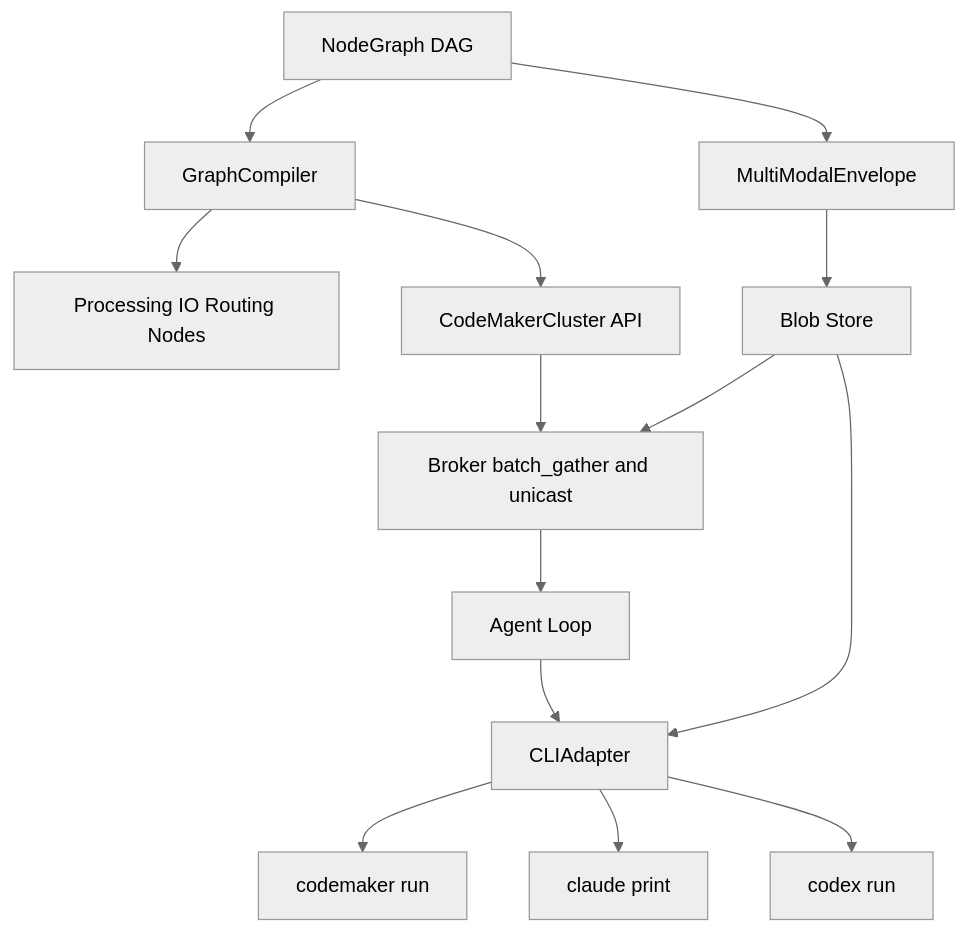
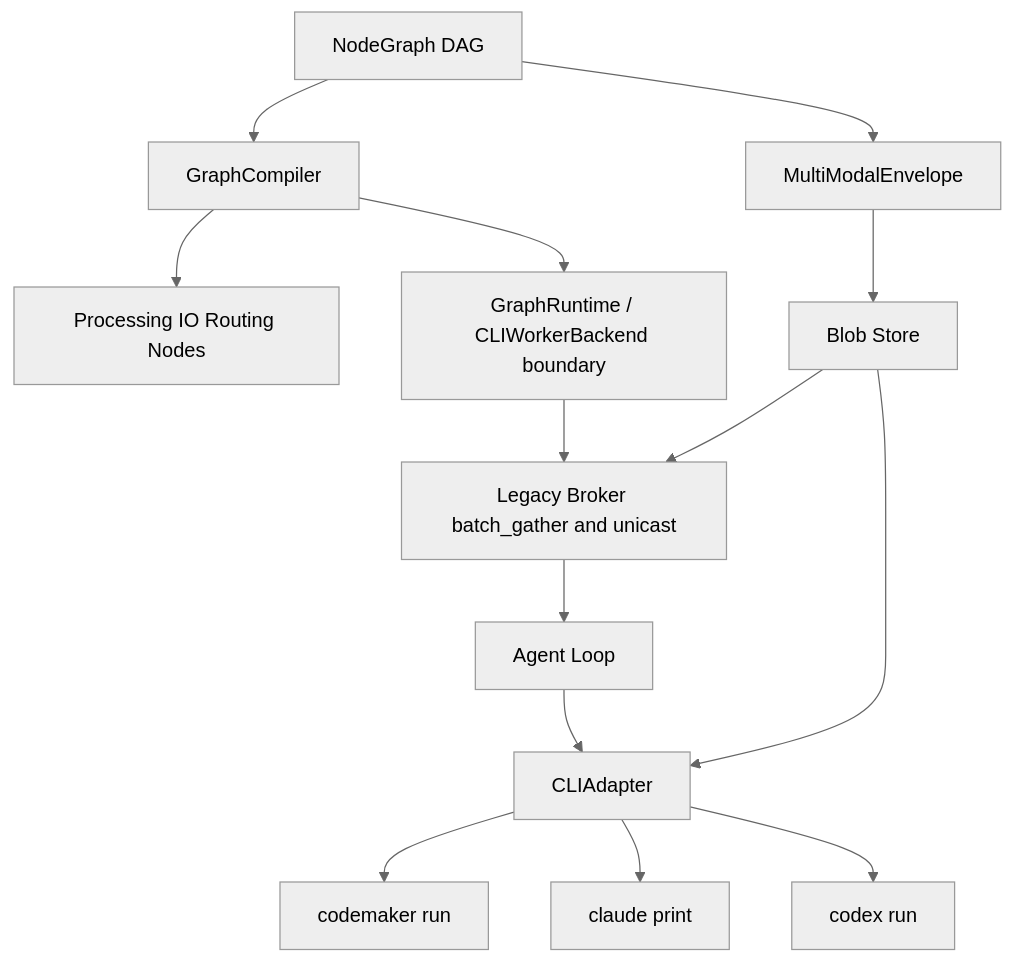
One commit to QHXRPG-A/multi_agent_tcp changed the first of 2 diagrams in KM_docs/multi-cli-node-workflow-brainstorm.md. Above: the diagram before and after it, drawn with Mermaid (neutral theme). The commit also changed other lines of this file and 19 other files, not shown here.

Commit message:
Document GuLiCode runtime direction and startup fix

````diff
--- a/KM_docs/multi-cli-node-workflow-brainstorm.md
+++ b/KM_docs/multi-cli-node-workflow-brainstorm.md
@@ -370,16 +377,16 @@
 ```mermaid
 flowchart TD
     NodeGraph[NodeGraph DAG] --> GraphCompiler[GraphCompiler]
     GraphCompiler --> ProcessingNodes[Processing IO Routing Nodes]
-    GraphCompiler --> ClusterAPI[CodeMakerCluster API]
-    ClusterAPI --> Broker["Broker batch_gather and unicast"]
+    GraphCompiler --> Runtime["GraphRuntime / CLIWorkerBackend boundary"]
+    Runtime --> Broker["Legacy Broker batch_gather and unicast"]
     Broker --> AgentLoop[Agent Loop]
     AgentLoop --> CLIAdapter[CLIAdapter]
     CLIAdapter --> CodeMakerCLI[codemaker run]
     CLIAdapter --> ClaudeCLI[claude print]
     CLIAdapter --> CodexCLI[codex run]
     NodeGraph --> EnvelopeSchema[MultiModalEnvelope]
     EnvelopeSchema --> BlobStore[Blob Store]
     BlobStore --> CLIAdapter
     BlobStore --> Broker
 ```
````
